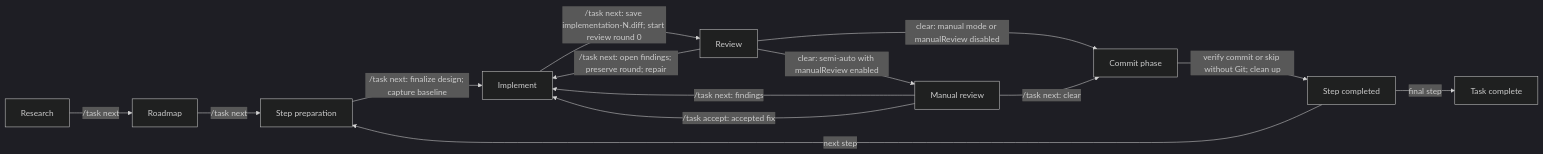
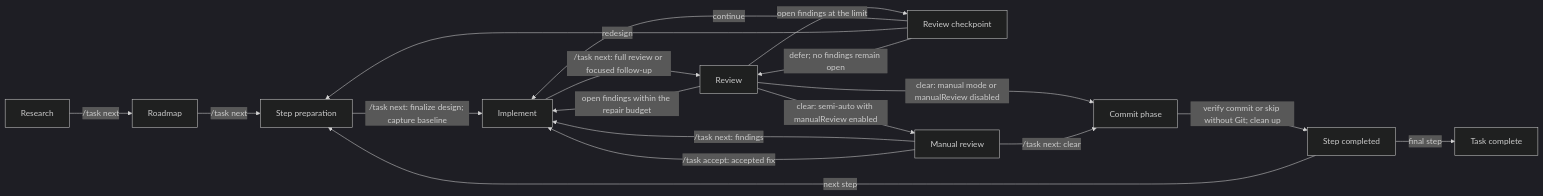
The diagram in .pi/agent/extensions/task-workflow/README.md (vladimir-popov/dotfiles), drawn with Mermaid (dark theme) before and after one commit. The commit also changed other lines of this file and 7 other files, not shown here.

First line of the commit message:
Add review checkpoints and focus follow-up reviews

````diff
--- a/.pi/agent/extensions/task-workflow/README.md
+++ b/.pi/agent/extensions/task-workflow/README.md
@@ -50,16 +50,20 @@
 ```mermaid
 flowchart LR
     A["Research"] -->|/task next| B["Roadmap"]
     B -->|/task next| C["Step preparation"]
     C -->|/task next: finalize design; capture baseline| D["Implement"]
-    D -->|/task next: save implementation-N.diff; start review round 0| E["Review"]
-    E -->|/task next: open findings; preserve round; repair| D
+    D -->|/task next: full review or focused follow-up| E["Review"]
+    E -->|open findings within the repair budget| D
+    E -->|open findings at the limit| P["Review checkpoint"]
+    P -->|continue| D
+    P -->|redesign| C
+    P -->|defer; no findings remain open| E
     E -->|clear: semi-auto with manualReview enabled| F["Manual review"]
     E -->|clear: manual mode or manualReview disabled| G["Commit phase"]
     F -->|/task next: findings| D
     F -->|/task accept: accepted fix| D
     F -->|/task next: clear| G
     G -->|verify commit or skip without Git; clean up| H["Step completed"]
     H -->|next step| C
     H -->|final step| I["Task complete"]
 ```
````
